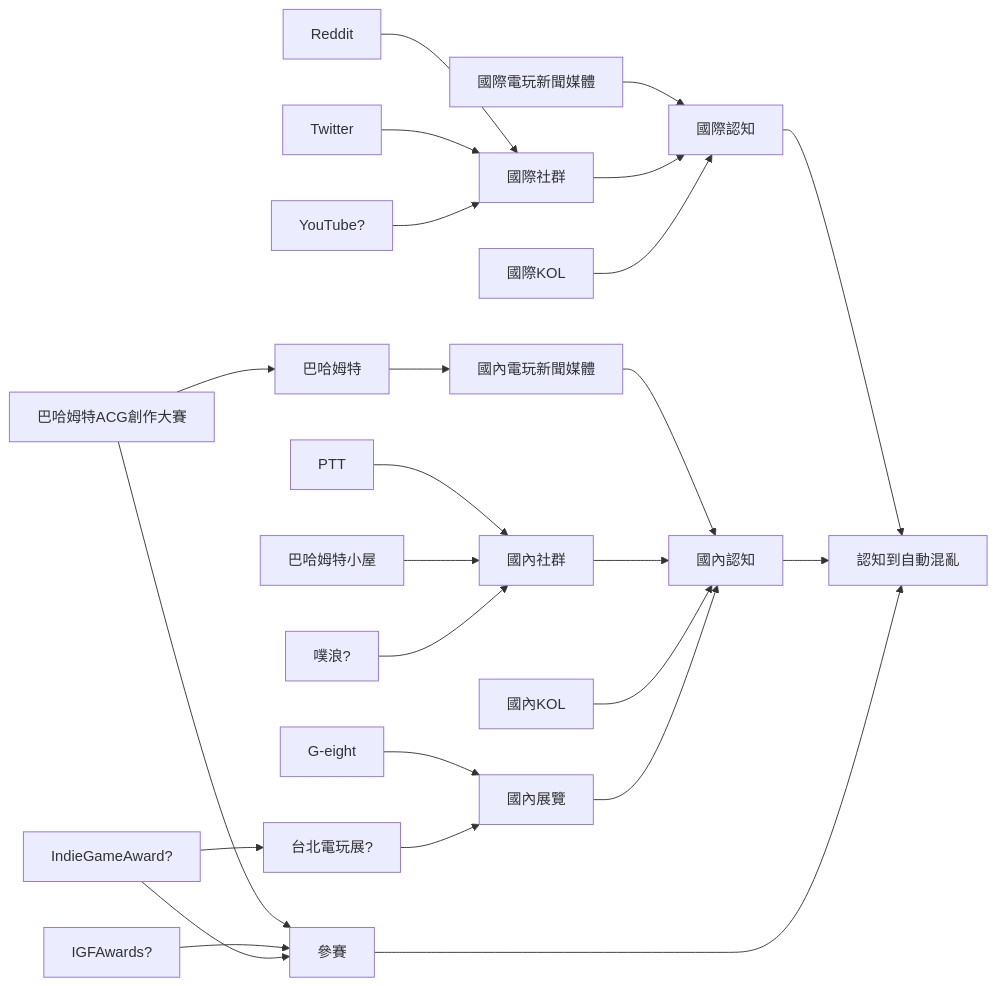
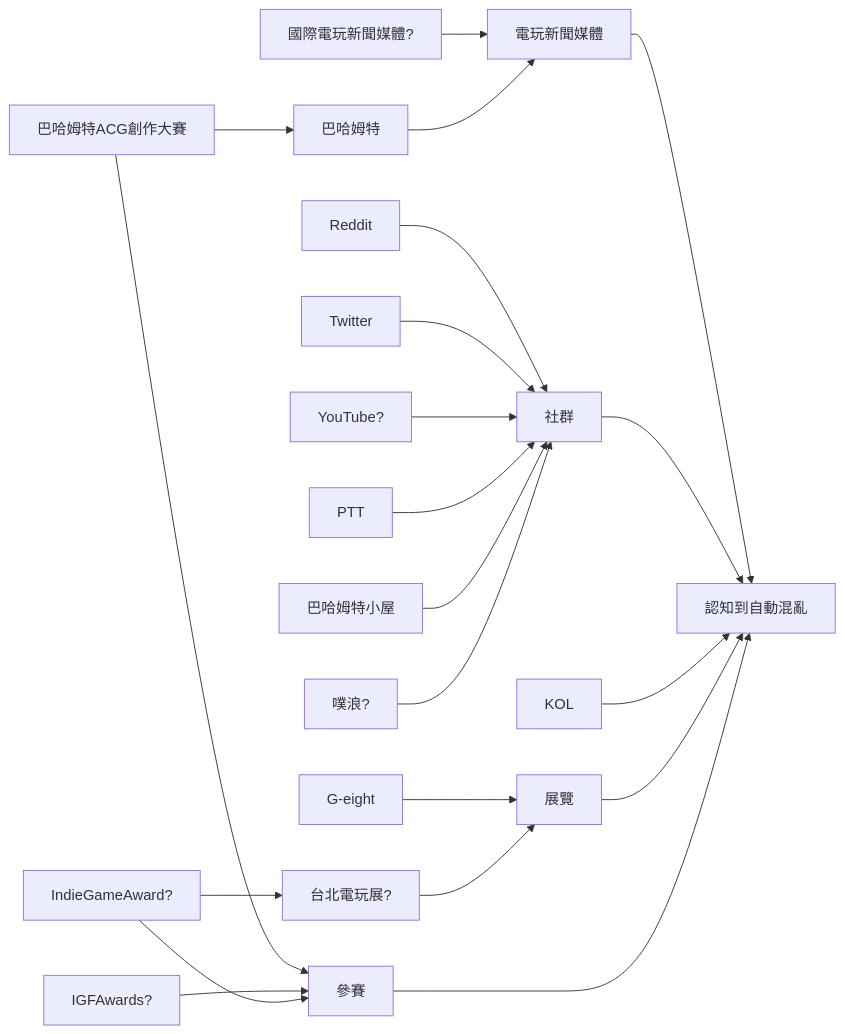
The eighth of 10 diagrams in content/tchinese/posts/game-design/0012-show-off-your-efforts.md (dklassic/dklassic.github.io), drawn with Mermaid before and after one commit. The commit also changed other lines of this file, not shown here.

Commit message:
Update 0012's graph

````diff
--- a/content/tchinese/posts/game-design/0012-show-off-your-efforts.md
+++ b/content/tchinese/posts/game-design/0012-show-off-your-efforts.md
@@ -128,27 +128,23 @@
 ```mermaid
 graph LR;
-    國際認知-->認知到自動混亂;
-    國際電玩新聞媒體-->國際認知;
-    國際社群-->國際認知;
-    Reddit-->國際社群;
-    Twitter-->國際社群;
-    YouTube?-->國際社群;
-    國際KOL-->國際認知;
-    國內認知-->認知到自動混亂;
-    國內電玩新聞媒體-->國內認知;
-    巴哈姆特-->國內電玩新聞媒體
-    國內社群-->國內認知;
-    PTT-->國內社群;
-    巴哈姆特小屋-->國內社群;
-    噗浪?-->國內社群;
-    國內KOL-->國內認知;
-    國內展覽-->國內認知;
-    G-eight-->國內展覽;
-    台北電玩展?-->國內展覽;
+    電玩新聞媒體-->認知到自動混亂;
+    國際電玩新聞媒體?-->電玩新聞媒體;
+    社群-->認知到自動混亂;
+    Reddit-->社群;
+    Twitter-->社群;
+    YouTube?-->社群;
+    KOL-->認知到自動混亂;
+    巴哈姆特-->電玩新聞媒體
+    PTT-->社群;
+    巴哈姆特小屋-->社群;
+    噗浪?-->社群;
+    展覽-->認知到自動混亂;
+    G-eight-->展覽;
+    台北電玩展?-->展覽;
     參賽-->認知到自動混亂;
     巴哈姆特ACG創作大賽-->參賽;
     巴哈姆特ACG創作大賽-->巴哈姆特;
     IGFAwards?-->參賽;
     IndieGameAward?-->參賽;
     IndieGameAward?-->台北電玩展?;
 ```
````
